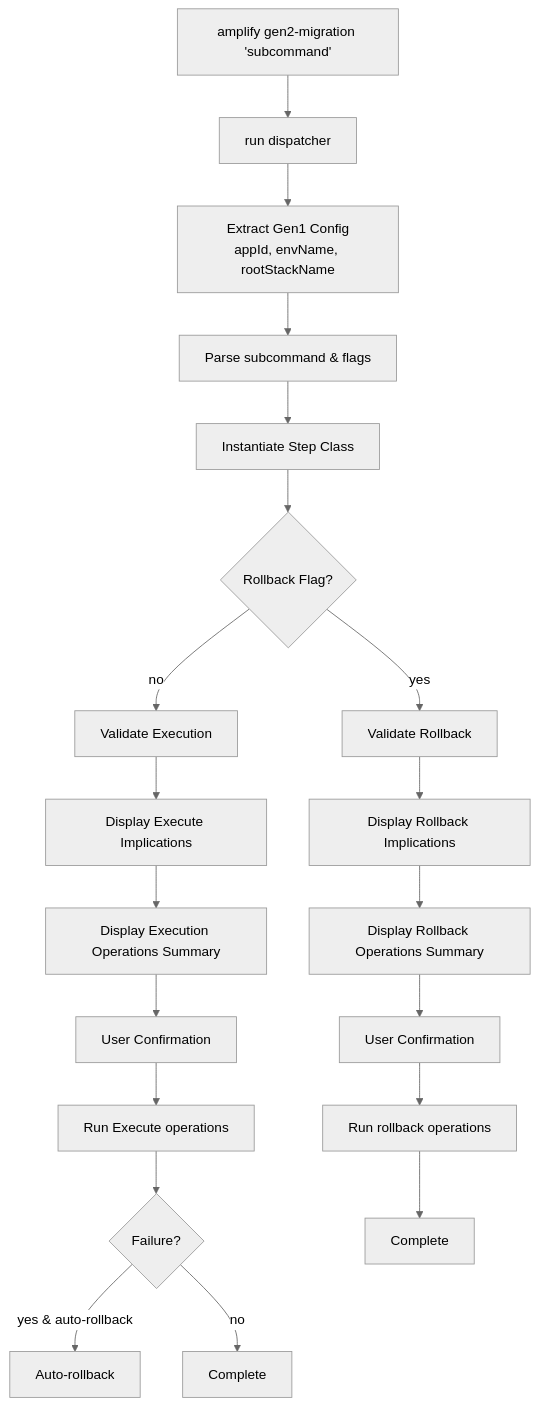
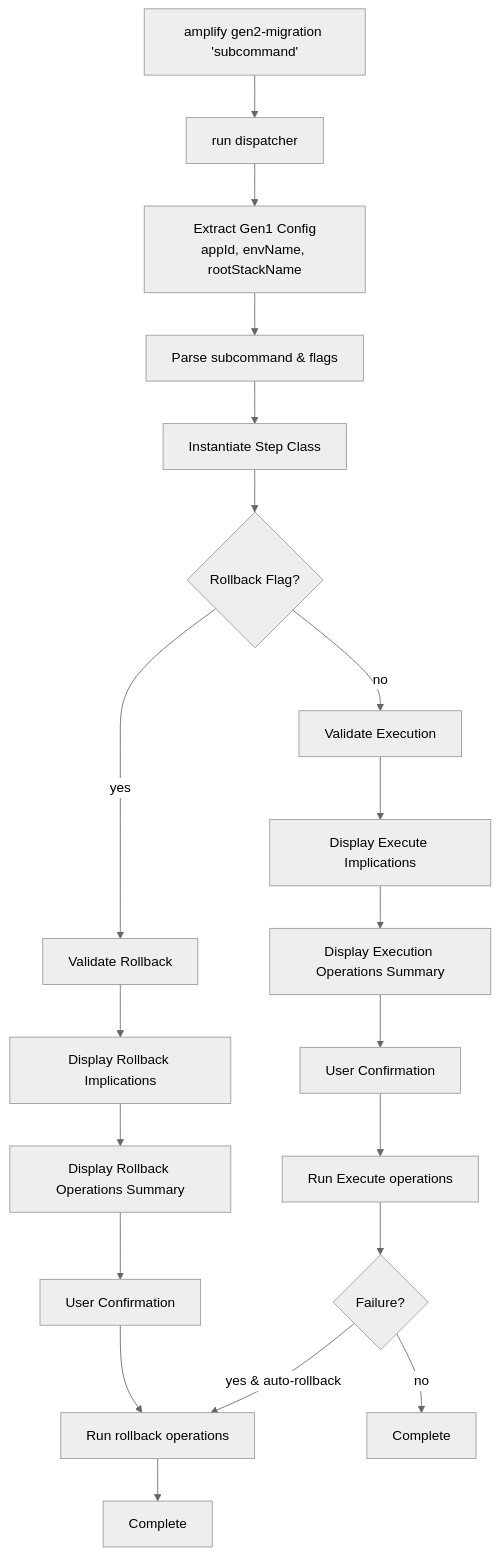
One commit to aws-amplify/amplify-cli changed the diagram in docs/amplify-cli/src/gen2-migration.md. Above: the diagram before and after it, drawn with Mermaid (neutral theme). The commit also changed other lines of this file, not shown here.

Commit message:
chore: mid work

````diff
--- a/docs/amplify-cli/src/gen2-migration.md
+++ b/docs/amplify-cli/src/gen2-migration.md
@@ -28,27 +28,27 @@
 ```mermaid
 flowchart TD
     CLI[amplify gen2-migration 'subcommand'] --> RUN[run dispatcher]
     RUN --> EXTRACT[Extract Gen1 Config<br/>appId, envName, rootStackName]
     EXTRACT --> PARSE[Parse subcommand & flags]
     
     PARSE --> STEP[Instantiate Step Class]
     
     STEP --> BRANCH{Rollback Flag?}
     
     BRANCH -->|no| FV[Validate Execution]
     FV --> FIMP[Display Execute Implications]
     FIMP --> FSUM[Display Execution Operations Summary]
     FSUM --> FCONF[User Confirmation]
     FCONF --> FEX[Run Execute operations]
     FEX --> FERR{Failure?}
-    FERR -->|yes & auto-rollback| RAR[Auto-rollback]
+    FERR -->|yes & auto-rollback| REX
     FERR -->|no| FDONE[Complete]
     
     BRANCH -->|yes| RV[Validate Rollback]
     RV --> RIMP[Display Rollback Implications]
     RIMP --> RSUM[Display Rollback Operations Summary]
     RSUM --> RCONF[User Confirmation]
 
     RCONF --> REX[Run rollback operations]
     REX --> RDONE[Complete]
 ```
````
